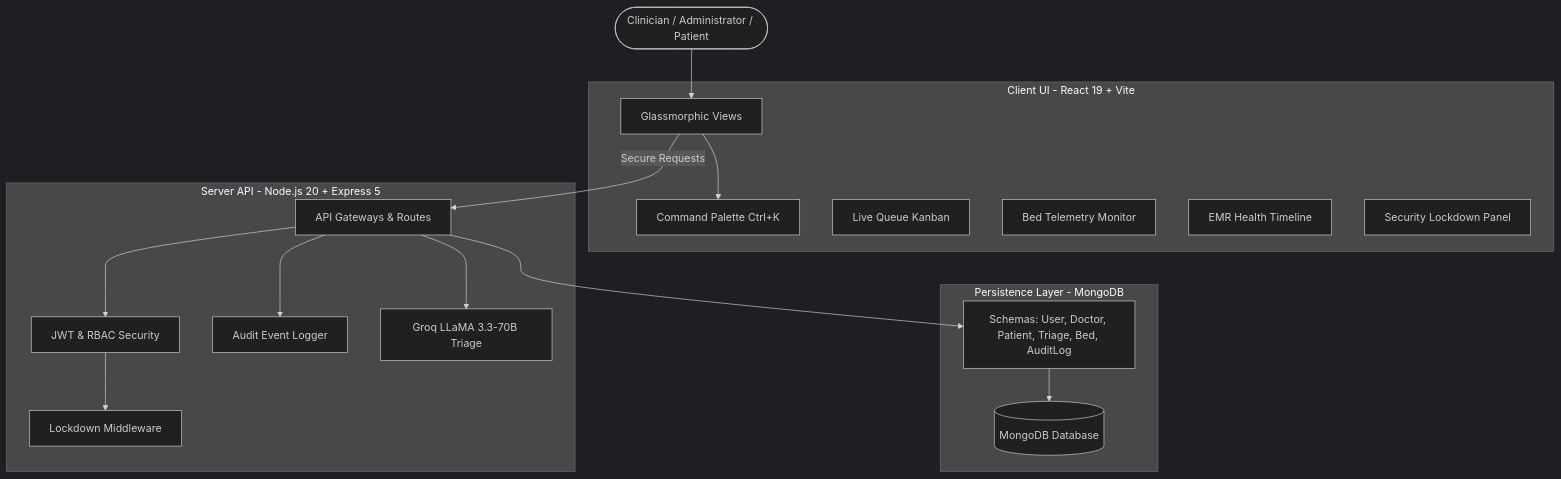
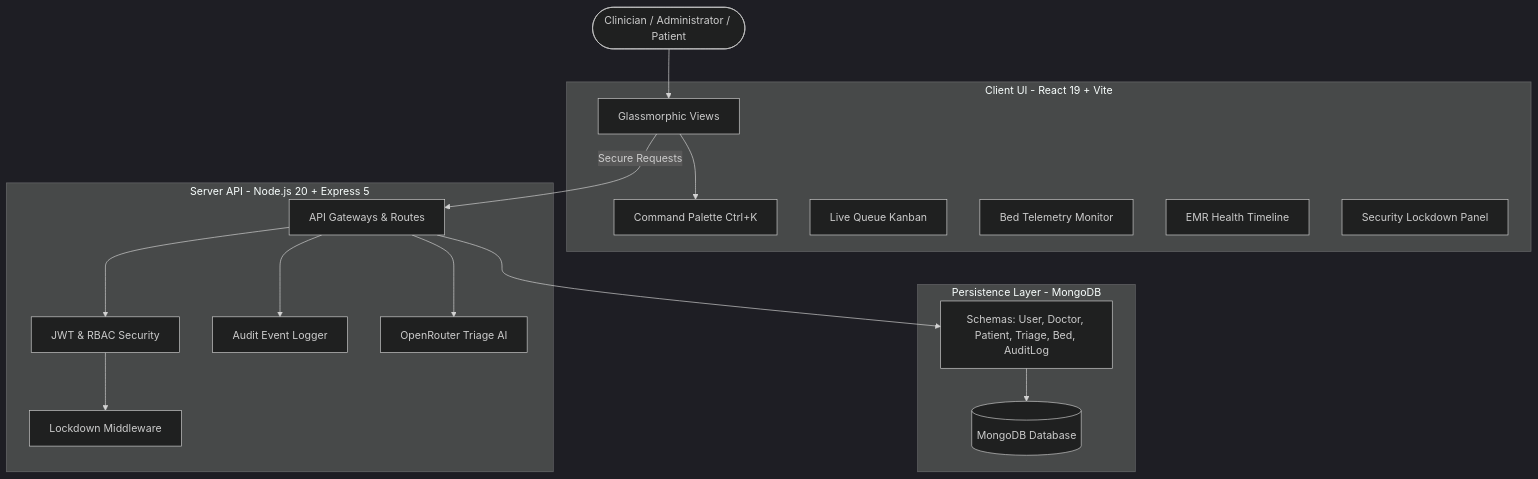
The diagram in README.md (ksingla1885/OrvantaHealth), drawn with Mermaid (dark theme) before and after one commit. The commit also changed other lines of this file and 10 other files, not shown here.

````diff
--- a/README.md
+++ b/README.md
@@ -18,41 +18,41 @@
 ```mermaid
 graph TD
     %% Define Nodes with elegant labels
     User([Clinician / Administrator / Patient])
     
     subgraph Frontend [Client UI - React 19 + Vite]
         UI[Glassmorphic Views]
         Palette[Command Palette Ctrl+K]
         Kanban[Live Queue Kanban]
         Telemetry[Bed Telemetry Monitor]
         Timeline[EMR Health Timeline]
         Security[Security Lockdown Panel]
     end
 
     subgraph Backend [Server API - Node.js 20 + Express 5]
         API[API Gateways & Routes]
         Auth[JWT & RBAC Security]
         Lockdown[Lockdown Middleware]
         Auditor[Audit Event Logger]
-        TriageAI[Groq LLaMA 3.3-70B Triage]
+        TriageAI[OpenRouter Triage AI]
     end
 
     subgraph Database [Persistence Layer - MongoDB]
         DB[(MongoDB Database)]
         Models[Schemas: User, Doctor, Patient, Triage, Bed, AuditLog]
     end
 
     %% Connections
     User --> UI
     UI --> Palette
     
     UI --> |"Secure Requests"| API
     API --> Auth
     Auth --> Lockdown
     
     API --> TriageAI
     API --> Auditor
     
     API --> Models
     Models --> DB
 ```
````
